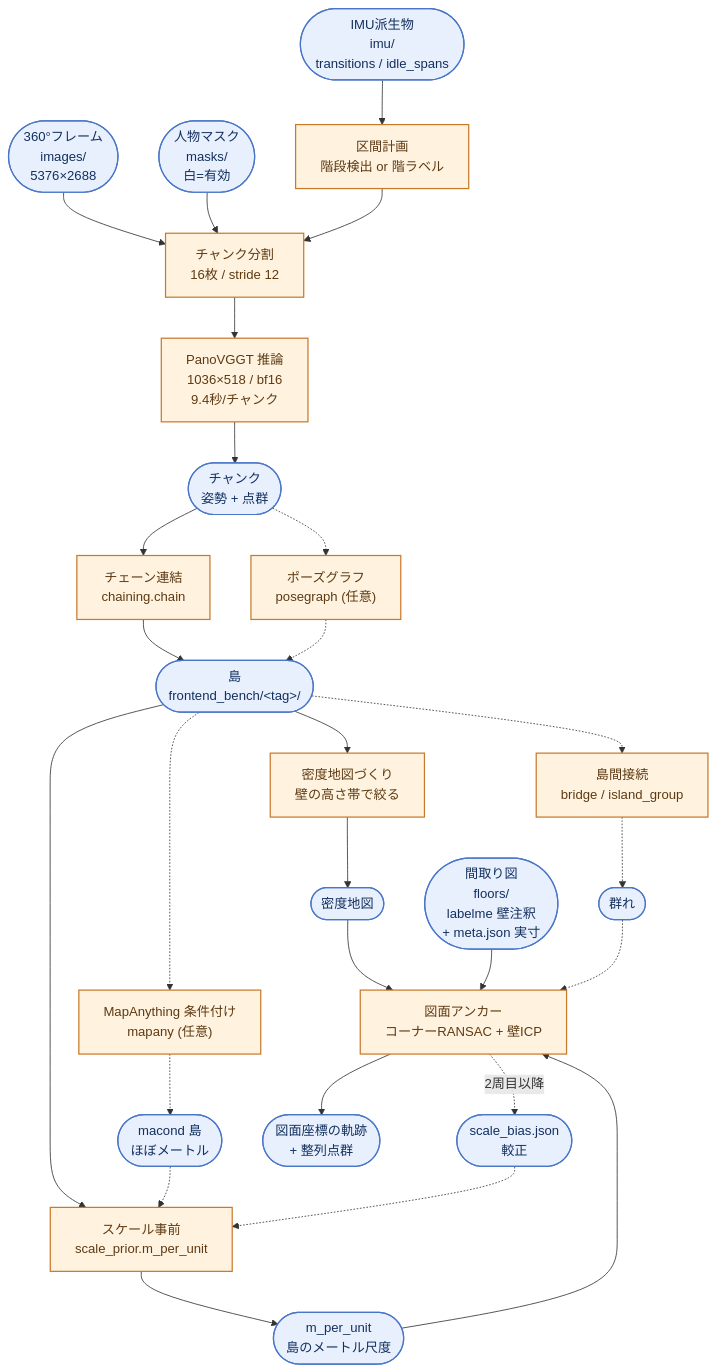
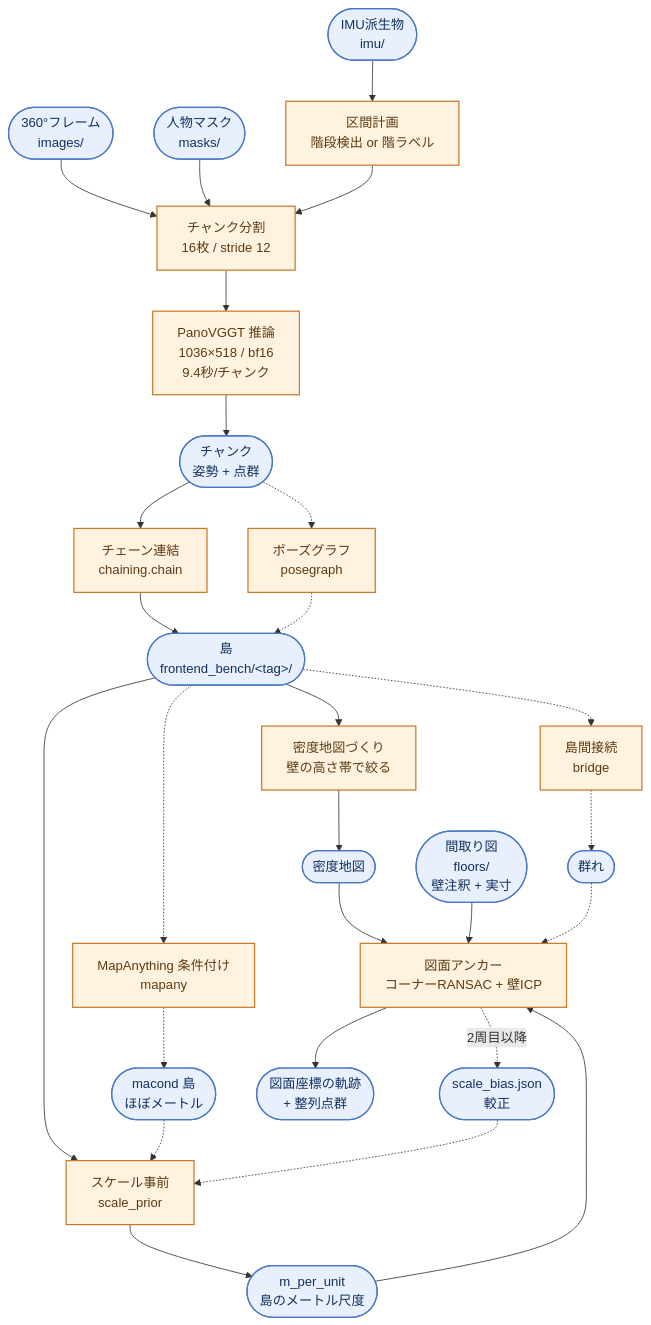
The first of 2 diagrams in recon3d/PIPELINE.md (SoftRoid-Inc/reconstruction3d_experimental), drawn with Mermaid before and after one commit. The commit also changed other lines of this file and 2 other files, not shown here.

````diff
--- a/recon3d/PIPELINE.md
+++ b/recon3d/PIPELINE.md
@@ -15,46 +128,46 @@
 ```mermaid
 flowchart TD
-    IMG(["360°フレーム<br/>images/<br/>5376×2688"]):::data
-    MASKD(["人物マスク<br/>masks/<br/>白=有効"]):::data
-    IMU(["IMU派生物<br/>imu/<br/>transitions / idle_spans"]):::data
-    PLAN(["間取り図<br/>floors/<br/>labelme 壁注釈<br/>+ meta.json 実寸"]):::data
+    IMG(["360°フレーム<br/>images/"]):::data
+    MASKD(["人物マスク<br/>masks/"]):::data
+    IMU(["IMU派生物<br/>imu/"]):::data
+    PLAN(["間取り図<br/>floors/<br/>壁注釈 + 実寸"]):::data
 
     SEG["区間計画<br/>階段検出 or 階ラベル"]:::proc
     CHUNK["チャンク分割<br/>16枚 / stride 12"]:::proc
     INFER["PanoVGGT 推論<br/>1036×518 / bf16<br/>9.4秒/チャンク"]:::proc
     CHUNKD(["チャンク<br/>姿勢 + 点群"]):::data
     CHAIN["チェーン連結<br/>chaining.chain"]:::proc
-    PG["ポーズグラフ<br/>posegraph (任意)"]:::proc
+    PG["ポーズグラフ<br/>posegraph"]:::proc
     ISL(["島<br/>frontend_bench/&lt;tag&gt;/"]):::data
-    BRIDGE["島間接続<br/>bridge / island_group"]:::proc
+    BRIDGE["島間接続<br/>bridge"]:::proc
     GRP(["群れ"]):::data
     DENS["密度地図づくり<br/>壁の高さ帯で絞る"]:::proc
     DENSD(["密度地図"]):::data
 
-    MA["MapAnything 条件付け<br/>mapany (任意)"]:::proc
+    MA["MapAnything 条件付け<br/>mapany"]:::proc
     MACOND(["macond 島<br/>ほぼメートル"]):::data
-    SP["スケール事前<br/>scale_prior.m_per_unit"]:::proc
+    SP["スケール事前<br/>scale_prior"]:::proc
     MPU(["m_per_unit<br/>島のメートル尺度"]):::data
     CALIB(["scale_bias.json<br/>較正"]):::data
 
     ANCHOR["図面アンカー<br/>コーナーRANSAC + 壁ICP"]:::proc
     OUT(["図面座標の軌跡<br/>+ 整列点群"]):::data
 
     IMG --> CHUNK
     MASKD --> CHUNK
     IMU --> SEG --> CHUNK
     CHUNK --> INFER --> CHUNKD
     CHUNKD --> CHAIN --> ISL
     CHUNKD -.-> PG -.-> ISL
     ISL --> DENS --> DENSD --> ANCHOR
     PLAN --> ANCHOR
     ISL --> SP --> MPU --> ANCHOR
     ISL -.-> MA -.-> MACOND -.-> SP
     CALIB -.-> SP
     ANCHOR --> OUT
     ANCHOR -. "2周目以降" .-> CALIB
     ISL -.-> BRIDGE -.-> GRP -.-> ANCHOR
 
     classDef data fill:#e8f0fe,stroke:#4a76c8,stroke-width:1.5px,color:#13305e
     classDef proc fill:#fff3e0,stroke:#c8792a,stroke-width:1.5px,color:#5e3a13
 ```
````
